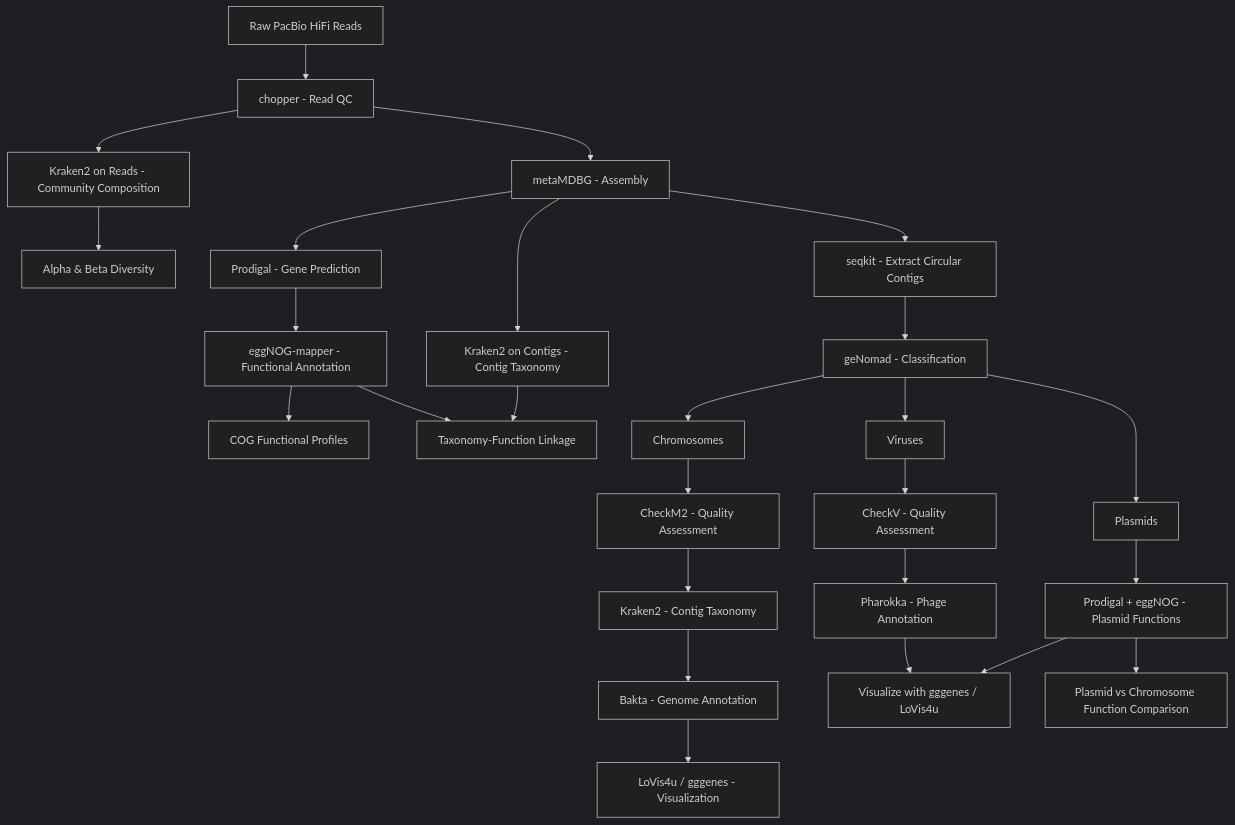
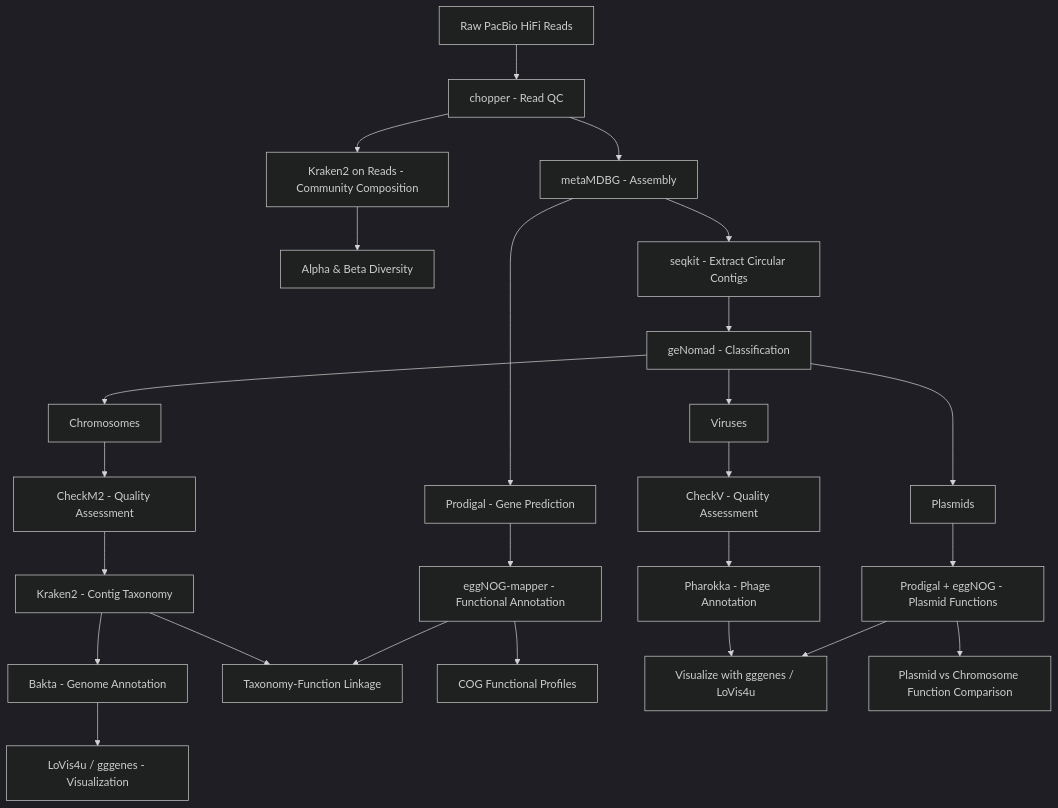
Before and after one commit to andrewbudge/biocrust_metagenomics: the diagram in biocrust_metagenomics.Rmd, drawn with Mermaid (dark theme). The commit also changed other lines of this file and 1 other file, not shown here.

````diff
--- a/biocrust_metagenomics.Rmd
+++ b/biocrust_metagenomics.Rmd
@@ -389,28 +472,27 @@
 ```{mermaid}
 flowchart TD
     A[Raw PacBio HiFi Reads] --> B[chopper - Read QC]
     B --> C[Kraken2 on Reads - Community Composition]
     B --> D[metaMDBG - Assembly]
     C --> C1[Alpha & Beta Diversity]
     D --> E[Prodigal - Gene Prediction]
     E --> F[eggNOG-mapper - Functional Annotation]
-    D --> G[Kraken2 on Contigs - Contig Taxonomy]
     D --> H[seqkit - Extract Circular Contigs]
     H --> I[geNomad - Classification]
     I --> J[Chromosomes]
     I --> K[Viruses]
     I --> L[Plasmids]
     J --> J1[CheckM2 - Quality Assessment]
     J1 --> J2[Kraken2 - Contig Taxonomy]
     J2 --> M[Bakta - Genome Annotation]
+    J2 --> S[Taxonomy-Function Linkage]
+    F --> S
     M --> N[LoVis4u / gggenes - Visualization]
     K --> O[CheckV - Quality Assessment]
     O --> P[Pharokka - Phage Annotation]
     L --> Q[Prodigal + eggNOG - Plasmid Functions]
     F --> R[COG Functional Profiles]
-    G --> S[Taxonomy-Function Linkage]
-    F --> S
     P --> T[Visualize with gggenes / LoVis4u]
     Q --> T
     Q --> Q2[Plasmid vs Chromosome Function Comparison]
 ```
````
